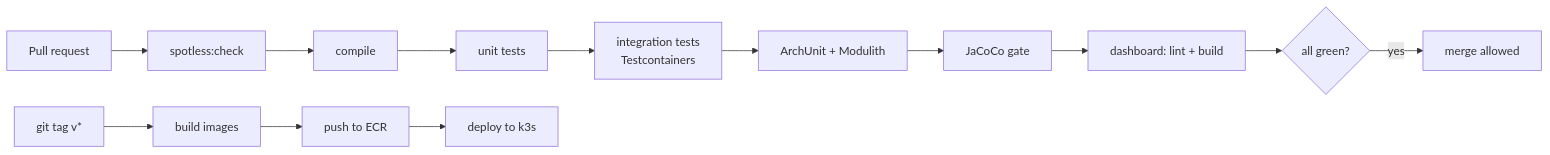
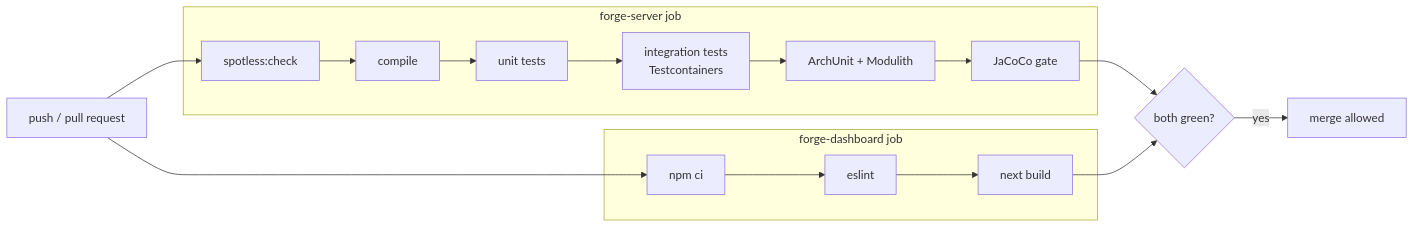
One commit to sshivanshg/forge changed the second of 2 diagrams in docs/08-engineering-standards.md. Above: the diagram before and after it, drawn with Mermaid. The commit also changed other lines of this file and 8 other files, not shown here.

First line of the commit message:
ci: GitHub Actions for server verify and dashboard build; docs: rewrite standards, viva guide and README to match M1

````diff
--- a/docs/08-engineering-standards.md
+++ b/docs/08-engineering-standards.md
@@ -84,13 +79,14 @@
 ```mermaid
 flowchart LR
-    pr[Pull request] --> fmt[spotless:check]
-    fmt --> build[compile]
-    build --> unit[unit tests]
-    unit --> it[integration tests<br/>Testcontainers]
-    it --> arch[ArchUnit + Modulith]
-    arch --> cov[JaCoCo gate]
-    cov --> dash[dashboard: lint + build]
-    dash --> ok{all green?}
+    pr[push / pull request] --> s1
+    subgraph server [forge-server job]
+      s1[spotless:check] --> s2[compile] --> s3[unit tests] --> s4[integration tests<br/>Testcontainers] --> s5[ArchUnit + Modulith] --> s6[JaCoCo gate]
+    end
+    pr --> d1
+    subgraph dashboard [forge-dashboard job]
+      d1[npm ci] --> d2[eslint] --> d3[next build]
+    end
+    s6 --> ok{both green?}
+    d3 --> ok
     ok -- yes --> merge[merge allowed]
-    tag[git tag v*] --> img[build images] --> push[push to ECR] --> deploy[deploy to k3s]
 ```
````
